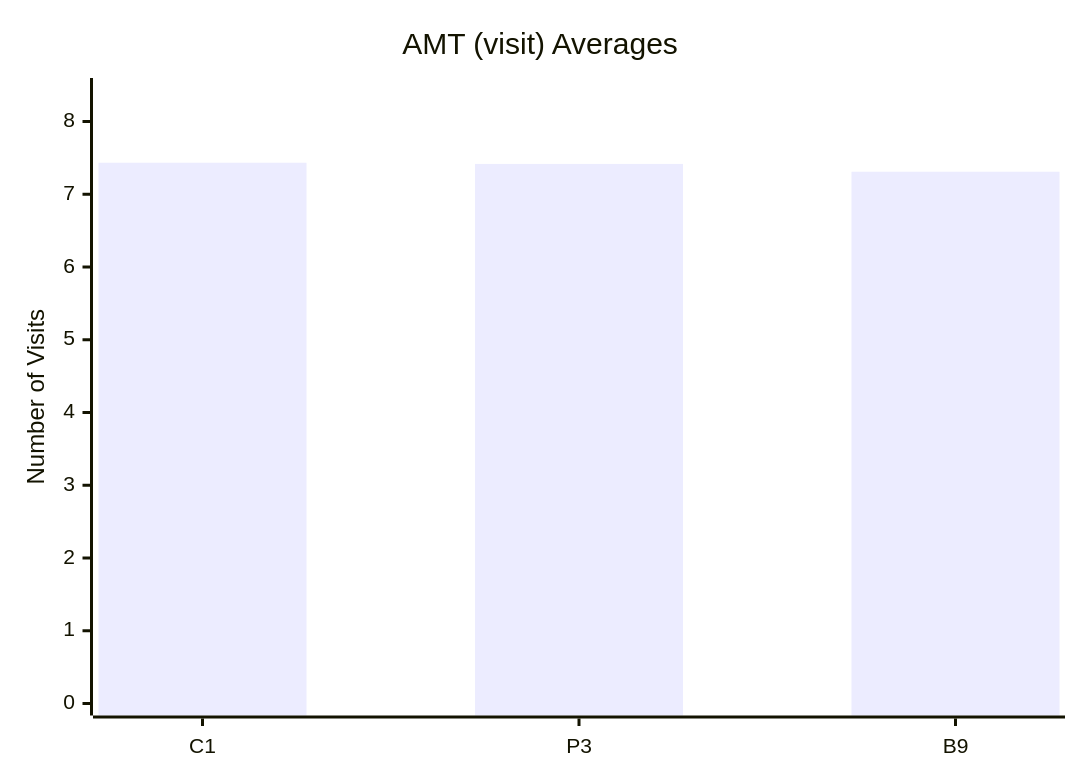
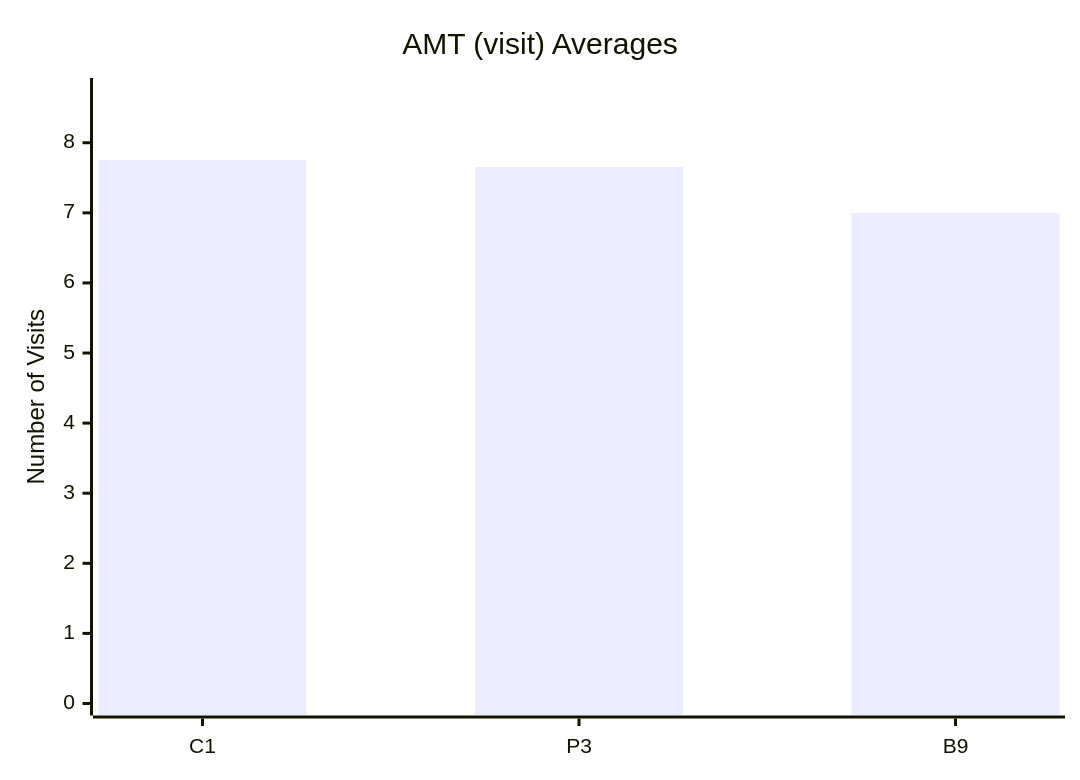
Before and after one commit to dhagan-va/intern-2025: the tenth of 10 diagrams in test-tools/DataGen/src/Statistics_Visualizer.md, drawn with Mermaid. The commit also changed other lines of this file and 3 other files, not shown here.

````diff
--- a/test-tools/DataGen/src/Statistics_Visualizer.md
+++ b/test-tools/DataGen/src/Statistics_Visualizer.md
@@ -108,7 +108,7 @@
 ```mermaid
 xychart-beta
     title "AMT (visit) Averages"
     x-axis ["C1", "P3", "B9"]
-    y-axis "Number of Visits" 0 --> 8.43313373253493
-    bar [7.43313373253493, 7.417165668662674, 7.30938123752495]
+    y-axis "Number of Visits" 0 --> 8.752475247524753
+    bar [7.752475247524752, 7.653465346534653, 7.0]
 ```
````
